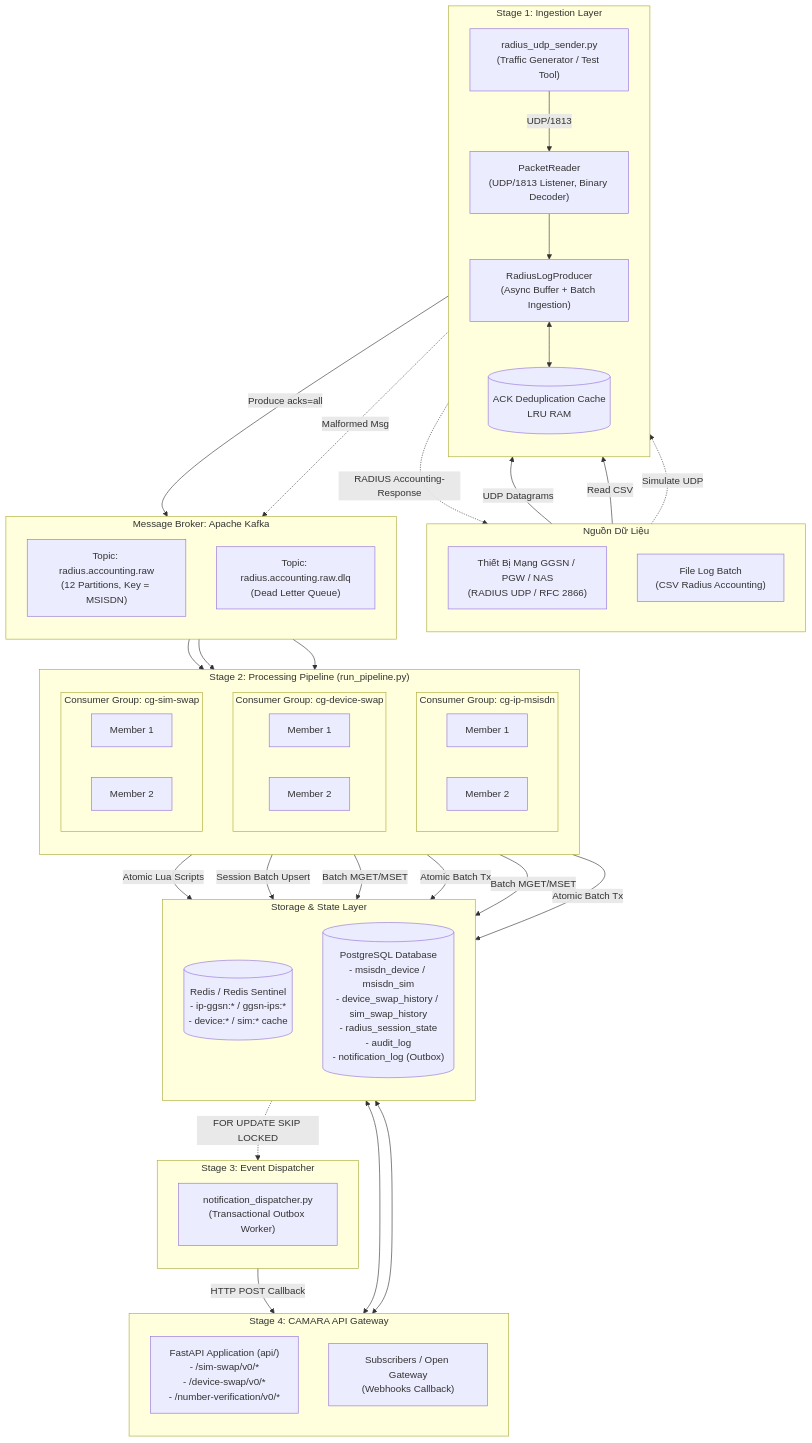
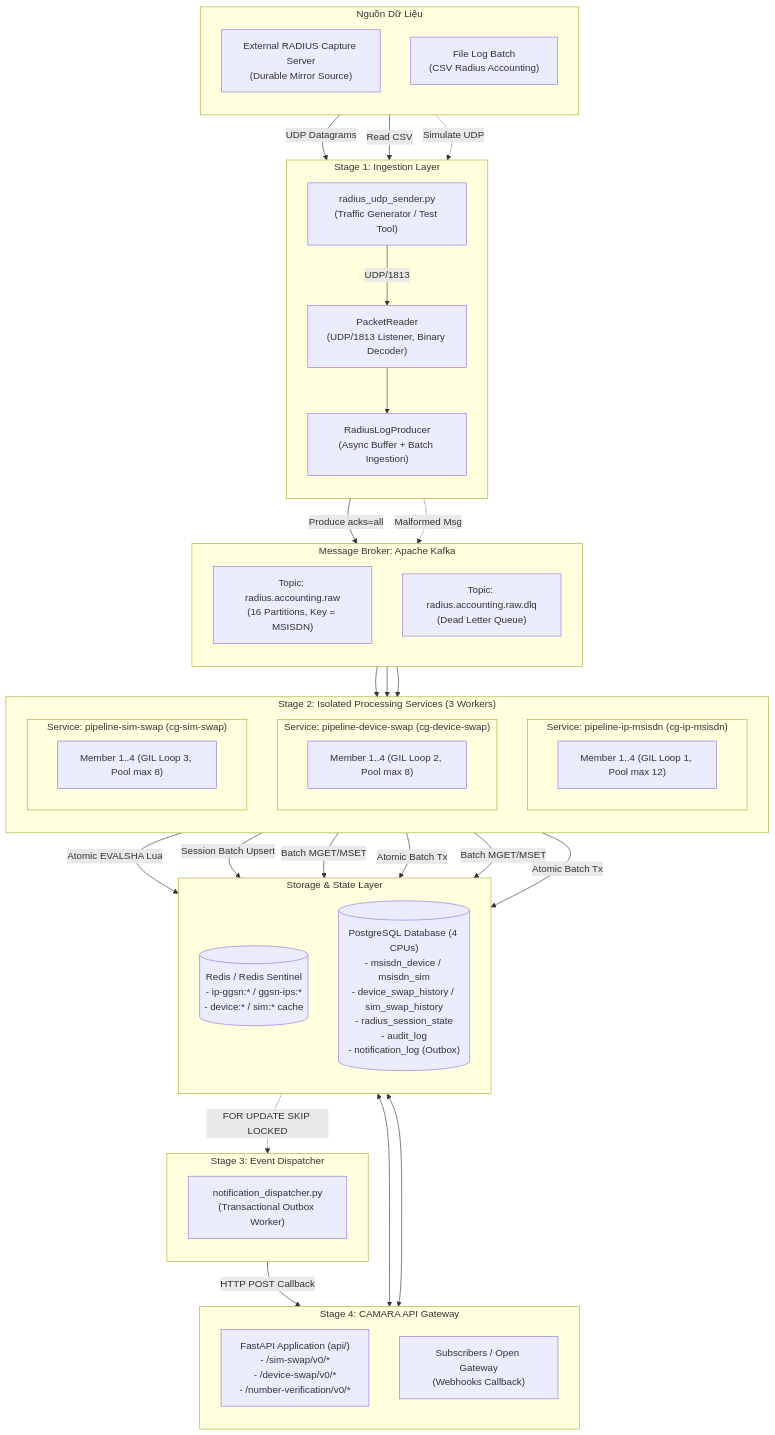
One commit to chuyenvanhust/camara-pipeline changed the first of 2 diagrams in README.md. Above: the diagram before and after it, drawn with Mermaid. The commit also changed other lines of this file and 33 other files, not shown here.

```diff
--- a/README.md
+++ b/README.md
@@ -12,7 +12,7 @@
 flowchart TD
     subgraph SOURCELAYER["Nguồn Dữ Liệu"]
         direction TB
-        GGSN["Thiết Bị Mạng GGSN / PGW / NAS<br/>(RADIUS UDP / RFC 2866)"]
+        GGSN["External RADIUS Capture Server<br/>(Durable Mirror Source)"]
         CSV["File Log Batch<br/>(CSV Radius Accounting)"]
     end
 
@@ -21,35 +21,31 @@
         SENDER["radius_udp_sender.py<br/>(Traffic Generator / Test Tool)"]
         PKTREADER["PacketReader<br/>(UDP/1813 Listener, Binary Decoder)"]
         PRODUCER["RadiusLogProducer<br/>(Async Buffer + Batch Ingestion)"]
-        ACKCACHE[("ACK Deduplication Cache<br/>LRU RAM")]
     end
 
     subgraph KAFKALAYER["Message Broker: Apache Kafka"]
         direction TB
-        TOPIC["Topic: radius.accounting.raw<br/>(12 Partitions, Key = MSISDN)"]
+        TOPIC["Topic: radius.accounting.raw<br/>(16 Partitions, Key = MSISDN)"]
         DLQ["Topic: radius.accounting.raw.dlq<br/>(Dead Letter Queue)"]
     end
 
-    subgraph CONSUMERLAYER["Stage 2: Processing Pipeline (run_pipeline.py)"]
+    subgraph CONSUMERLAYER["Stage 2: Isolated Processing Services (3 Workers)"]
         direction TB
-        subgraph CG1["Consumer Group: cg-ip-msisdn"]
-            IPM1["Member 1"]
-            IPM2["Member 2"]
+        subgraph SVC1["Service: pipeline-ip-msisdn (cg-ip-msisdn)"]
+            IPM1["Member 1..4 (GIL Loop 1, Pool max 12)"]
         end
-        subgraph CG2["Consumer Group: cg-device-swap"]
-            DEV1["Member 1"]
-            DEV2["Member 2"]
+        subgraph SVC2["Service: pipeline-device-swap (cg-device-swap)"]
+            DEV1["Member 1..4 (GIL Loop 2, Pool max 8)"]
         end
-        subgraph CG3["Consumer Group: cg-sim-swap"]
-            SIM1["Member 1"]
-            SIM2["Member 2"]
+        subgraph SVC3["Service: pipeline-sim-swap (cg-sim-swap)"]
+            SIM1["Member 1..4 (GIL Loop 3, Pool max 8)"]
         end
     end
 
     subgraph STORAGELAYER["Storage & State Layer"]
         direction TB
         REDIS[("Redis / Redis Sentinel<br/>- ip-ggsn:* / ggsn-ips:*<br/>- device:* / sim:* cache")]
-        POSTGRES[("PostgreSQL Database<br/>- msisdn_device / msisdn_sim<br/>- device_swap_history / sim_swap_history<br/>- radius_session_state<br/>- audit_log<br/>- notification_log (Outbox)")]
+        POSTGRES[("PostgreSQL Database (4 CPUs)<br/>- msisdn_device / msisdn_sim<br/>- device_swap_history / sim_swap_history<br/>- radius_session_state<br/>- audit_log<br/>- notification_log (Outbox)")]
     end
 
     subgraph DISPATCHERLAYER["Stage 3: Event Dispatcher"]
@@ -70,21 +66,19 @@
     SENDER -->|UDP/1813| PKTREADER
 
     PKTREADER --> PRODUCER
-    PRODUCER <--> ACKCACHE
     PRODUCER -->|Produce acks=all| TOPIC
     PRODUCER -.->|Malformed Msg| DLQ
-    PRODUCER -.->|RADIUS Accounting-Response| GGSN
 
-    TOPIC --> CG1
-    TOPIC --> CG2
-    TOPIC --> CG3
+    TOPIC --> SVC1
+    TOPIC --> SVC2
+    TOPIC --> SVC3
 
-    CG1 -->|Atomic Lua Scripts| REDIS
-    CG1 -->|Session Batch Upsert| POSTGRES
-    CG2 -->|Batch MGET/MSET| REDIS
-    CG2 -->|Atomic Batch Tx| POSTGRES
-    CG3 -->|Batch MGET/MSET| REDIS
-    CG3 -->|Atomic Batch Tx| POSTGRES
+    SVC1 -->|Atomic EVALSHA Lua| REDIS
+    SVC1 -->|Session Batch Upsert| POSTGRES
+    SVC2 -->|Batch MGET/MSET| REDIS
+    SVC2 -->|Atomic Batch Tx| POSTGRES
+    SVC3 -->|Batch MGET/MSET| REDIS
+    SVC3 -->|Atomic Batch Tx| POSTGRES
 
     POSTGRES -.->|FOR UPDATE SKIP LOCKED| DISPATCHER
     DISPATCHER -->|HTTP POST Callback| OPENGATEWAY
```
